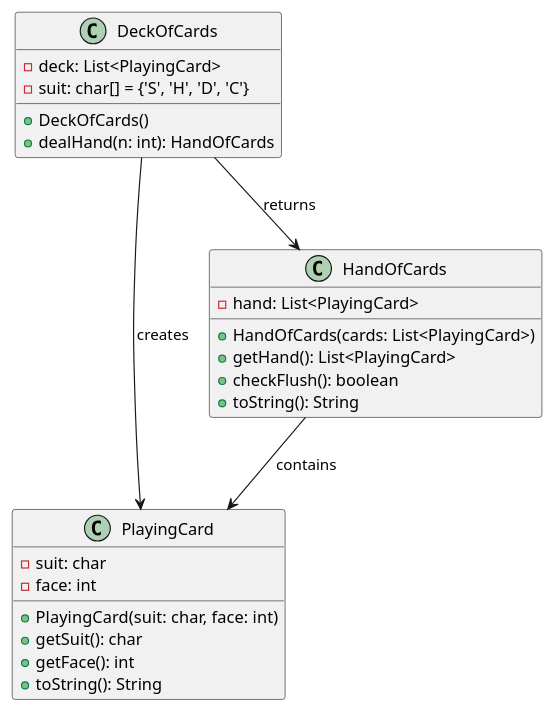
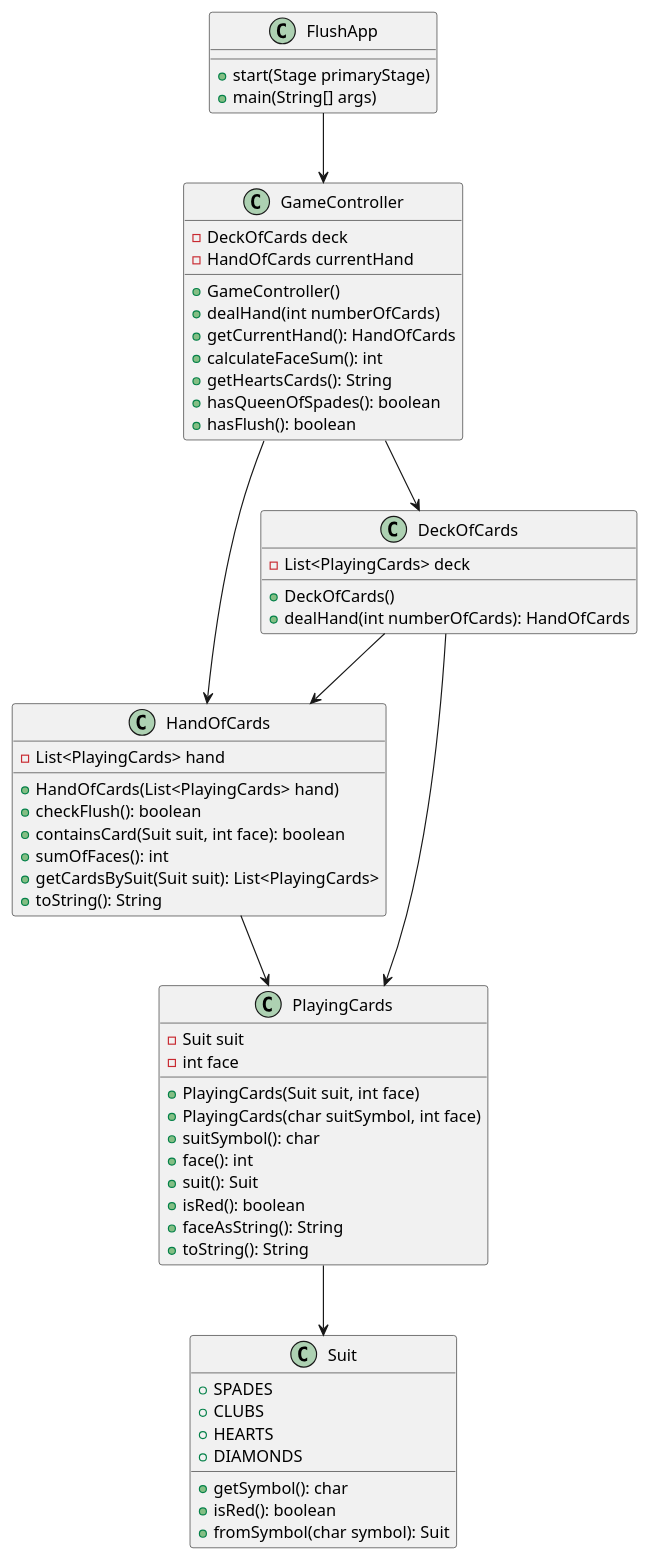
One commit to sigveer/IDATT2003-Oving5 changed the diagram in Diagrams/ClassDiagram(Final).puml. Above: the diagram before and after it, drawn with PlantUML. The commit also changed 1 other file, not shown here.

Commit message:
Refactor class diagram to include new game structure and relationships

```diff
--- a/Diagrams/ClassDiagram(Final).puml
+++ b/Diagrams/ClassDiagram(Final).puml
@@ -1,29 +1,67 @@
 @startuml
-class PlayingCard {
-  - suit: char
-  - face: int
-  + PlayingCard(suit: char, face: int)
-  + getSuit(): char
-  + getFace(): int
+class FlushApp {
+  + start(Stage primaryStage)
+  + main(String[] args)
+}
+
+class GameController {
+  - DeckOfCards deck
+  - HandOfCards currentHand
+  + GameController()
+  + dealHand(int numberOfCards)
+  + getCurrentHand(): HandOfCards
+  + calculateFaceSum(): int
+  + getHeartsCards(): String
+  + hasQueenOfSpades(): boolean
+  + hasFlush(): boolean
+}
+
+class DeckOfCards {
+  - List<PlayingCards> deck
+  + DeckOfCards()
+  + dealHand(int numberOfCards): HandOfCards
+}
+
+class HandOfCards {
+  - List<PlayingCards> hand
+  + HandOfCards(List<PlayingCards> hand)
+  + checkFlush(): boolean
+  + containsCard(Suit suit, int face): boolean
+  + sumOfFaces(): int
+  + getCardsBySuit(Suit suit): List<PlayingCards>
   + toString(): String
 }
 
-class DeckOfCards {
-  - deck: List<PlayingCard>
-  - suit: char[] = {'S', 'H', 'D', 'C'}
-  + DeckOfCards()
-  + dealHand(n: int): HandOfCards
-}
-
-class HandOfCards {
-  - hand: List<PlayingCard>
-  + HandOfCards(cards: List<PlayingCard>)
-  + getHand(): List<PlayingCard>
-  + checkFlush(): boolean
+class PlayingCards {
+  - Suit suit
+  - int face
+  + PlayingCards(Suit suit, int face)
+  + PlayingCards(char suitSymbol, int face)
+  + suitSymbol(): char
+  + face(): int
+  + suit(): Suit
+  + isRed(): boolean
+  + faceAsString(): String
   + toString(): String
 }
 
-DeckOfCards --> PlayingCard : creates
-DeckOfCards --> HandOfCards : returns
-HandOfCards --> PlayingCard : contains
+class Suit {
+  + SPADES
+  + CLUBS
+  + HEARTS
+  + DIAMONDS
+  + getSymbol(): char
+  + isRed(): boolean
+  + fromSymbol(char symbol): Suit
+}
+
+FlushApp --> GameController
+
+GameController --> DeckOfCards
+GameController --> HandOfCards
+DeckOfCards --> PlayingCards
+DeckOfCards --> HandOfCards
+HandOfCards --> PlayingCards
+PlayingCards --> Suit
+
 @enduml
```
